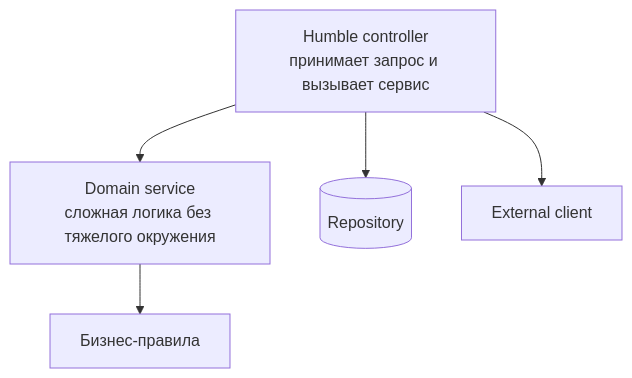
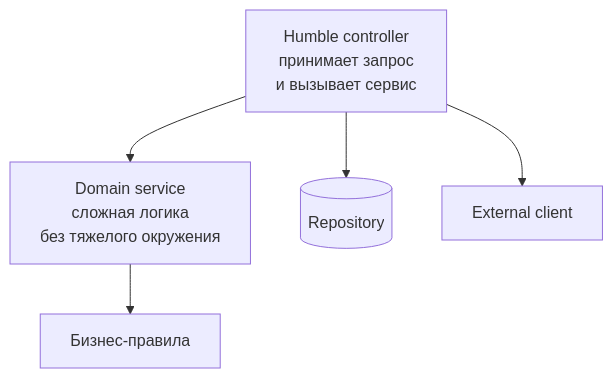
One commit to Kert0n/KPO changed the tenth of 10 diagrams in content/lectures/Lec3/vitepress.md. Above: the diagram before and after it, drawn with Mermaid.

Commit message:
Лекция 3: исправлено обрезание схемы Humble Object

````diff
--- a/content/lectures/Lec3/vitepress.md
+++ b/content/lectures/Lec3/vitepress.md
@@ -1396,7 +1396,7 @@
 ```mermaid
 flowchart TD
-    Controller["Humble controller<br/>принимает запрос и вызывает сервис"] --> Service["Domain service<br/>сложная логика без тяжелого окружения"]
+    Controller["Humble controller<br/>принимает запрос<br/>и вызывает сервис"] --> Service["Domain service<br/>сложная логика<br/>без тяжелого окружения"]
     Controller --> Db[(Repository)]
     Controller --> Http[External client]
     Service --> Rules[Бизнес-правила]
 ```
````
